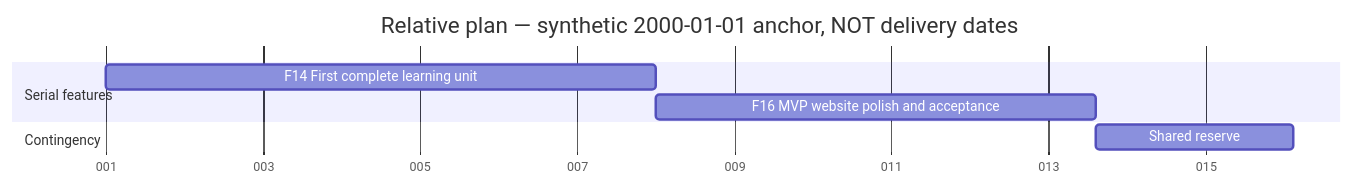
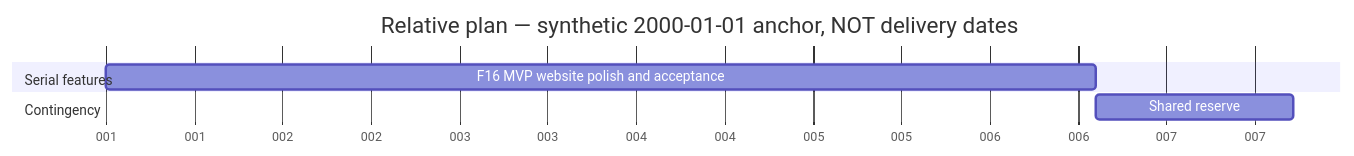
The diagram in docs/planning/gantt.mmd (ziuld/beneath-the-code-page), drawn with Mermaid before and after one commit. The commit also changed 49 other files, not shown here.

```diff
--- a/docs/planning/gantt.mmd
+++ b/docs/planning/gantt.mmd
@@ -1,9 +1,8 @@
 gantt
     title Relative plan — synthetic 2000-01-01 anchor, NOT delivery dates
     dateFormat YYYY-MM-DDTHH:mm
     axisFormat %j
     section Serial features
-    F14 First complete learning unit :F14, 2000-01-01T00:00, 2000-01-08T00:00
-    F16 MVP website polish and acceptance :F16, 2000-01-08T00:00, 2000-01-13T14:24
+    F16 MVP website polish and acceptance :F16, 2000-01-01T00:00, 2000-01-06T14:24
     section Contingency
-    Shared reserve :reserve, 2000-01-13T14:24, 2000-01-16T02:52
+    Shared reserve :reserve, 2000-01-06T14:24, 2000-01-07T17:16
```
